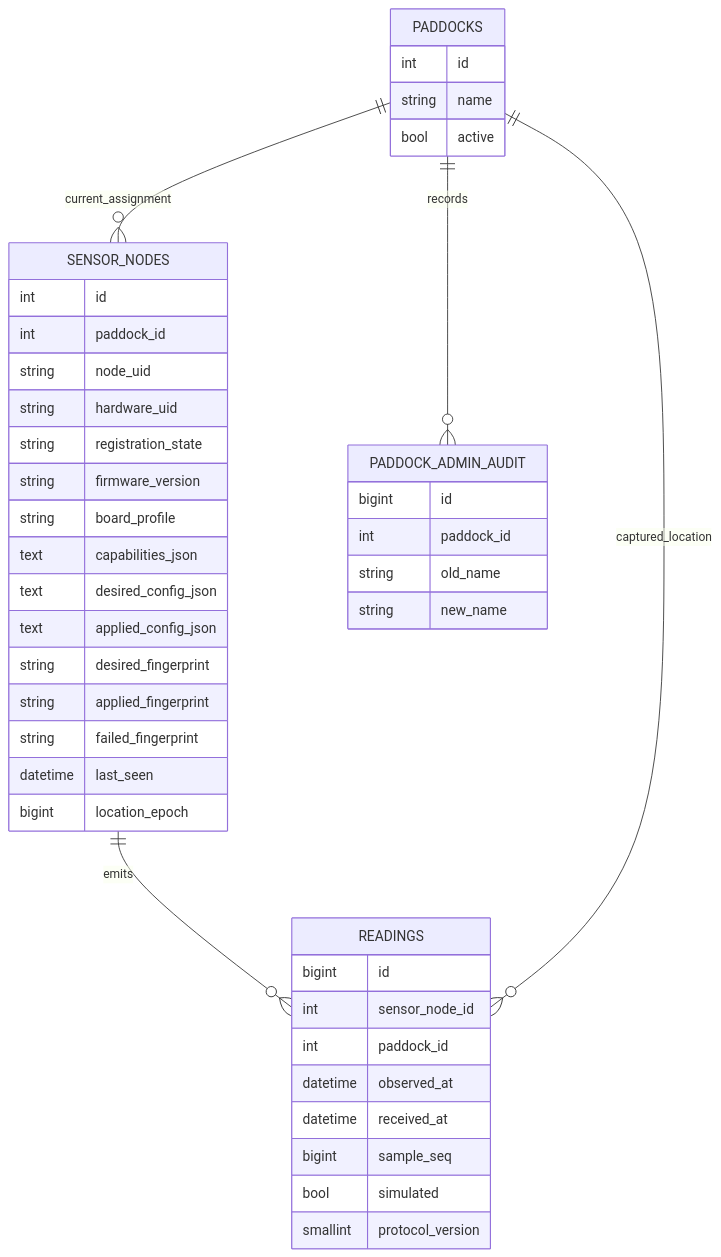
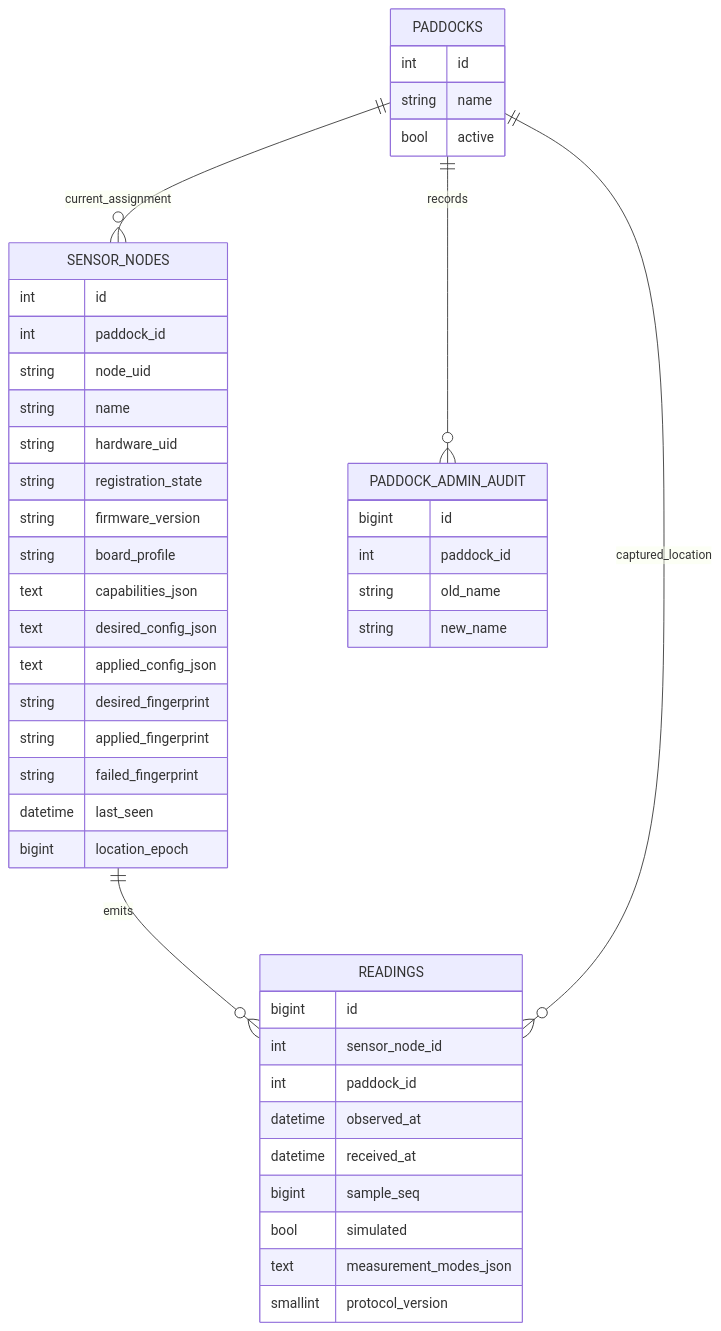
One commit to w0rmy/farmpi changed the diagram in docs/diagrams/database-erd.mmd. Above: the diagram before and after it, drawn with Mermaid.

Commit message:
Show node name and measurement provenance in ERD

```diff
--- a/docs/diagrams/database-erd.mmd
+++ b/docs/diagrams/database-erd.mmd
@@ -1,47 +1,49 @@
 erDiagram
   PADDOCKS ||--o{ SENSOR_NODES : current_assignment
   SENSOR_NODES ||--o{ READINGS : emits
   PADDOCKS ||--o{ READINGS : captured_location
   PADDOCKS ||--o{ PADDOCK_ADMIN_AUDIT : records
 
   PADDOCKS {
     int id
     string name
     bool active
   }
 
   SENSOR_NODES {
     int id
     int paddock_id
     string node_uid
+    string name
     string hardware_uid
     string registration_state
     string firmware_version
     string board_profile
     text capabilities_json
     text desired_config_json
     text applied_config_json
     string desired_fingerprint
     string applied_fingerprint
     string failed_fingerprint
     datetime last_seen
     bigint location_epoch
   }
 
   READINGS {
     bigint id
     int sensor_node_id
     int paddock_id
     datetime observed_at
     datetime received_at
     bigint sample_seq
     bool simulated
+    text measurement_modes_json
     smallint protocol_version
   }
 
   PADDOCK_ADMIN_AUDIT {
     bigint id
     int paddock_id
     string old_name
     string new_name
   }
```
